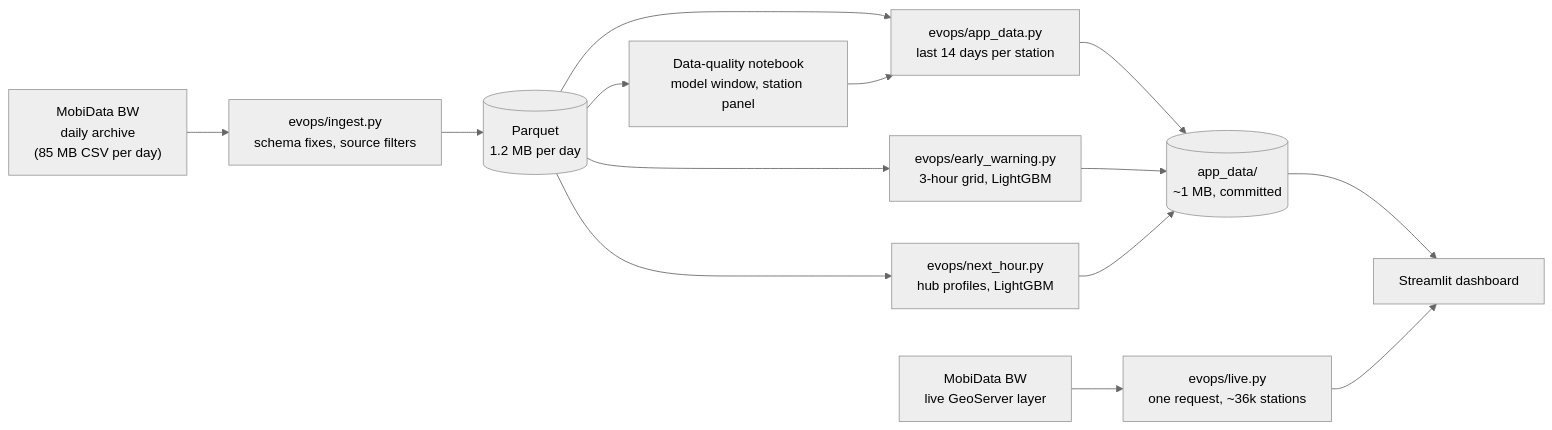
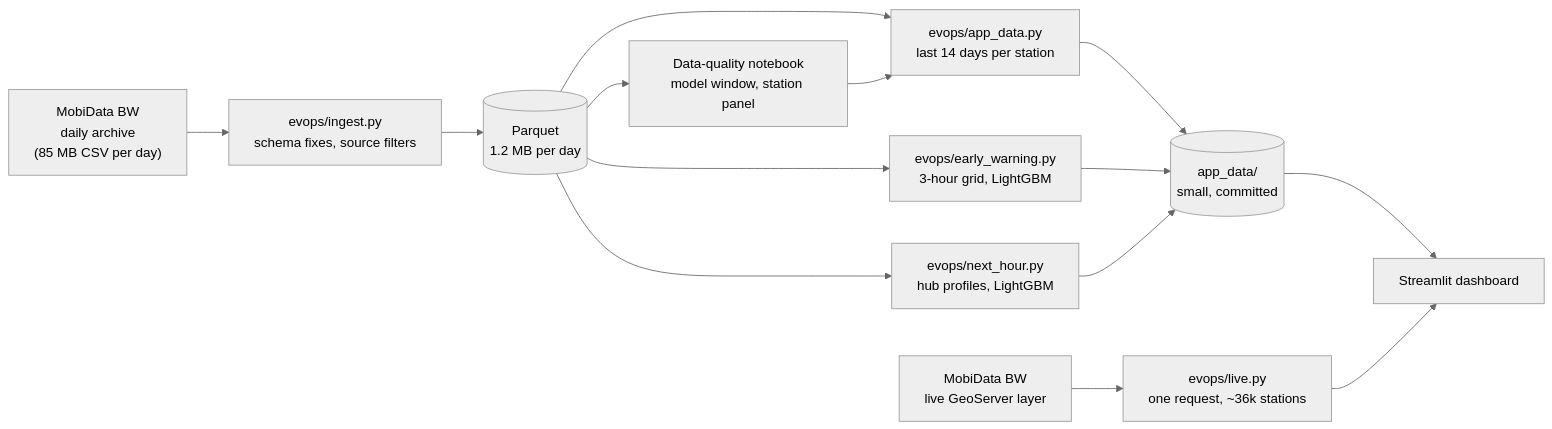
The diagram in README.md (TejasManjunath/ev-charging-ops), drawn with Mermaid (neutral theme) before and after one commit. The commit also changed other lines of this file and 11 other files, not shown here.

````diff
--- a/README.md
+++ b/README.md
@@ -92,16 +112,16 @@
 ```mermaid
 flowchart LR
     A["MobiData BW<br/>daily archive<br/>(85 MB CSV per day)"] --> B["evops/ingest.py<br/>schema fixes, source filters"]
     B --> C[("Parquet<br/>1.2 MB per day")]
     C --> D["Data-quality notebook<br/>model window, station panel"]
     C --> E["evops/app_data.py<br/>last 14 days per station"]
     D --> E
-    E --> F[("app_data/<br/>~1 MB, committed")]
+    E --> F[("app_data/<br/>small, committed")]
     C --> J["evops/early_warning.py<br/>3-hour grid, LightGBM"]
     J --> F
     C --> K["evops/next_hour.py<br/>hub profiles, LightGBM"]
     K --> F
     G["MobiData BW<br/>live GeoServer layer"] --> H["evops/live.py<br/>one request, ~36k stations"]
     F --> I["Streamlit dashboard"]
     H --> I
 ```
````
